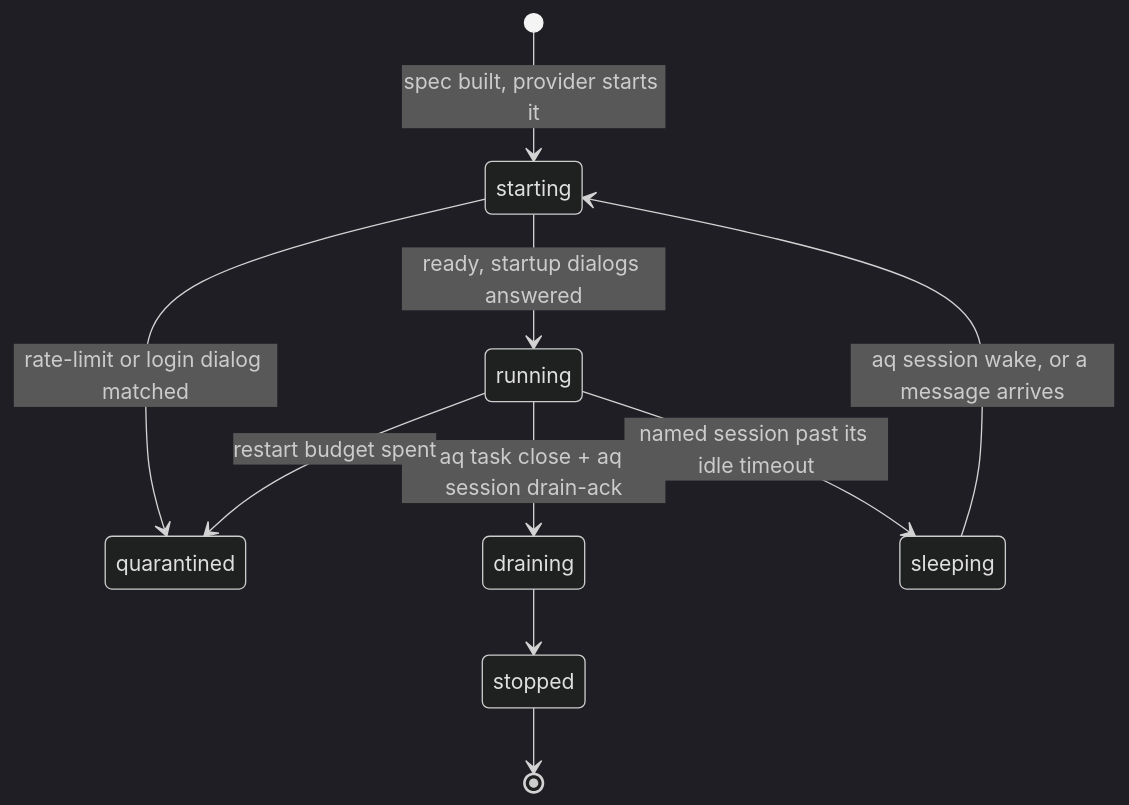
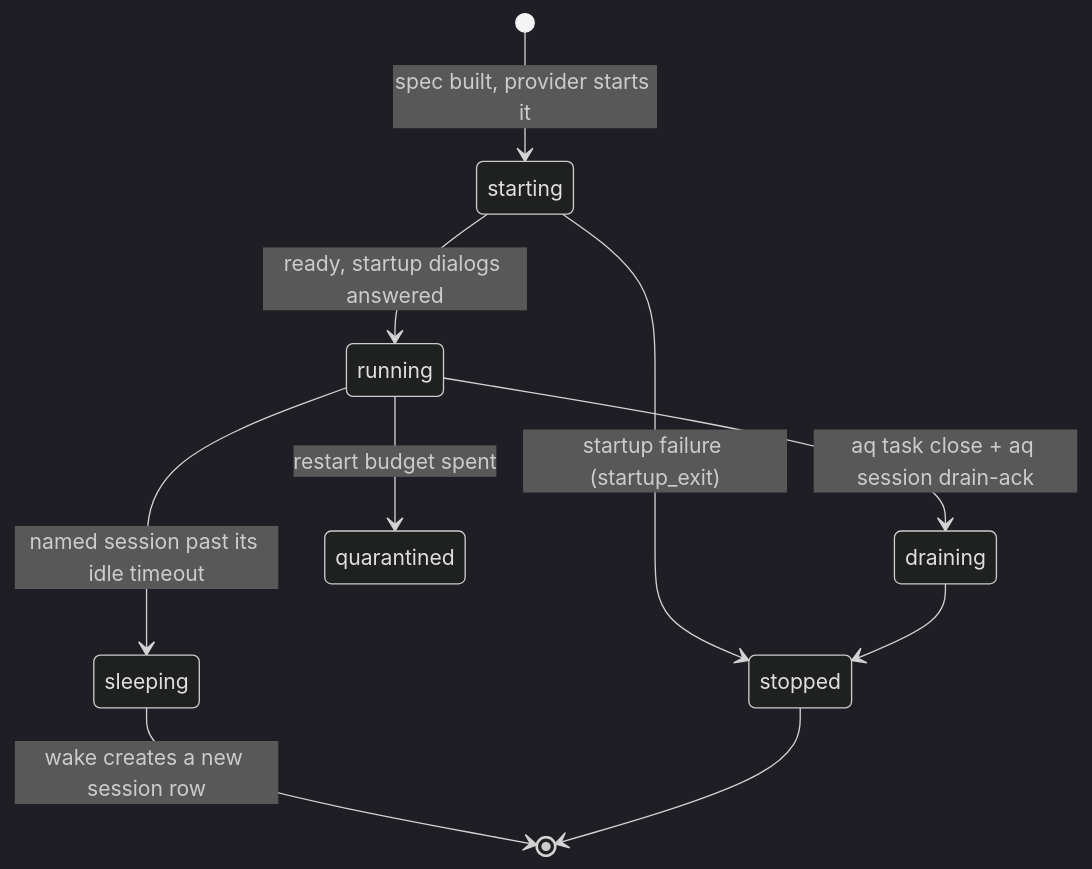
One commit to ElectricJack/agent-queue changed the second of 2 diagrams in docs/concepts/sessions.md. Above: the diagram before and after it, drawn with Mermaid (dark theme). The commit also changed other lines of this file and 9 other files, not shown here.

````diff
--- a/docs/concepts/sessions.md
+++ b/docs/concepts/sessions.md
@@ -234,12 +234,12 @@
 ```mermaid
 stateDiagram-v2
   [*] --> starting: spec built, provider starts it
   starting --> running: ready, startup dialogs answered
-  starting --> quarantined: rate-limit or login dialog matched
+  starting --> stopped: startup failure (startup_exit)
   running --> draining: aq task close + aq session drain-ack
   running --> sleeping: named session past its idle timeout
   running --> quarantined: restart budget spent
   draining --> stopped
-  sleeping --> starting: aq session wake, or a message arrives
+  sleeping --> [*]: wake creates a new session row
   stopped --> [*]
 ```
````
